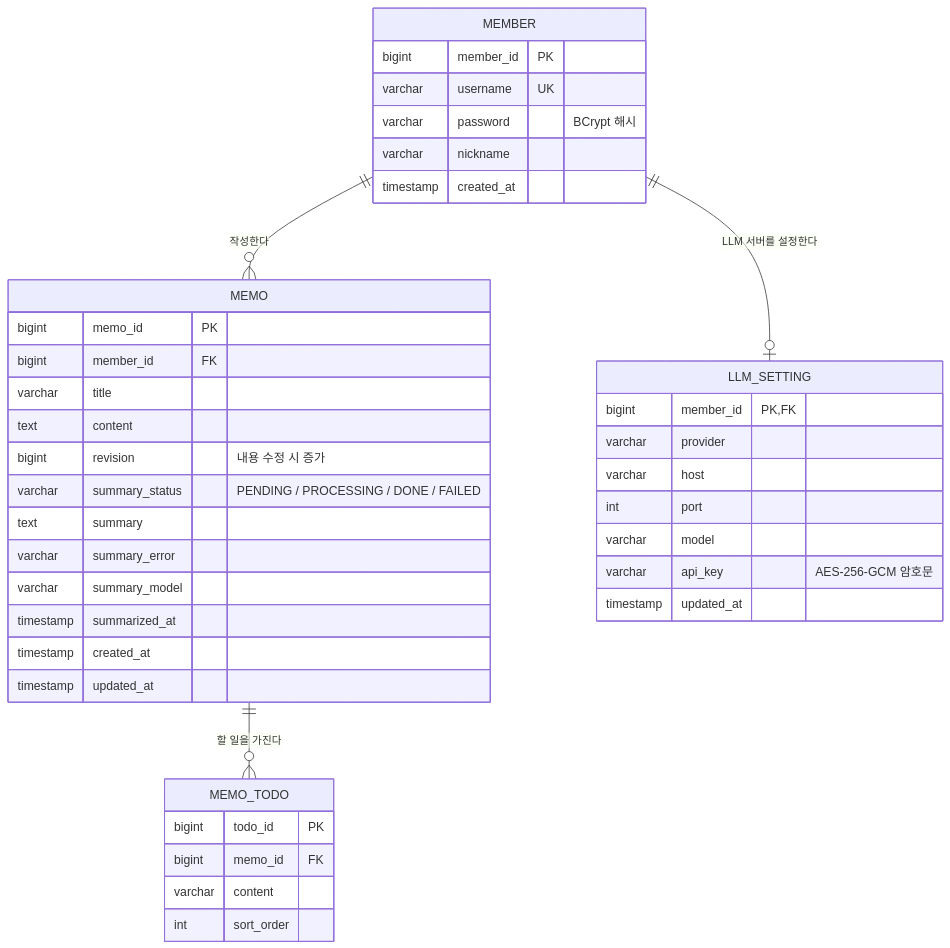
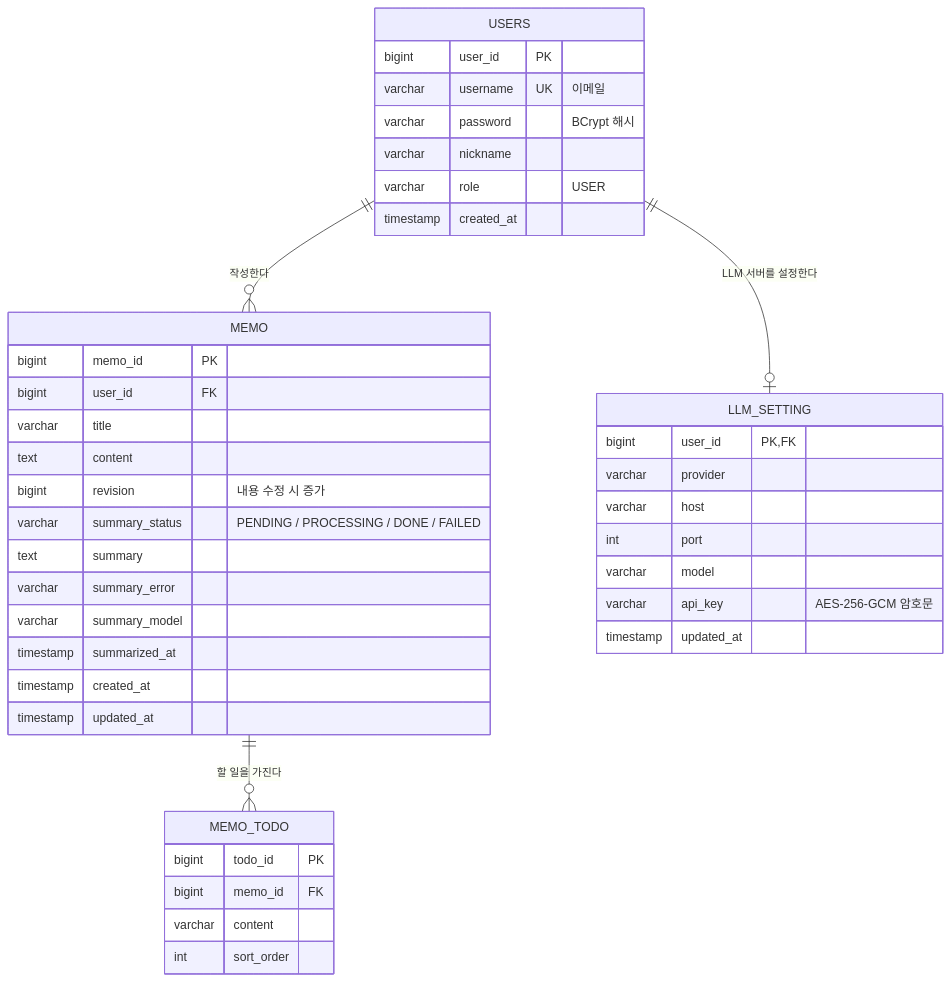
One commit to Hasegos/coding-test-project changed the fourth of 4 diagrams in README.md. Above: the diagram before and after it, drawn with Mermaid. The commit also changed other lines of this file, not shown here.

````diff
--- a/README.md
+++ b/README.md
@@ -214,42 +216,43 @@
 ```mermaid
 erDiagram
-    MEMBER ||--o{ MEMO : "작성한다"
-    MEMBER ||--o| LLM_SETTING : "LLM 서버를 설정한다"
+    USERS ||--o{ MEMO : "작성한다"
+    USERS ||--o| LLM_SETTING : "LLM 서버를 설정한다"
     MEMO ||--o{ MEMO_TODO : "할 일을 가진다"
-    MEMBER {
-        bigint member_id PK
-        varchar username UK
+    USERS {
+        bigint user_id PK
+        varchar username UK "이메일"
         varchar password "BCrypt 해시"
         varchar nickname
+        varchar role "USER"
         timestamp created_at
     }
     MEMO {
         bigint memo_id PK
-        bigint member_id FK
+        bigint user_id FK
         varchar title
         text content
         bigint revision "내용 수정 시 증가"
         varchar summary_status "PENDING / PROCESSING / DONE / FAILED"
         text summary
         varchar summary_error
         varchar summary_model
         timestamp summarized_at
         timestamp created_at
         timestamp updated_at
     }
     MEMO_TODO {
         bigint todo_id PK
         bigint memo_id FK
         varchar content
         int sort_order
     }
     LLM_SETTING {
-        bigint member_id PK, FK
+        bigint user_id PK, FK
         varchar provider
         varchar host
         int port
         varchar model
         varchar api_key "AES-256-GCM 암호문"
         timestamp updated_at
     }
 ```
````
